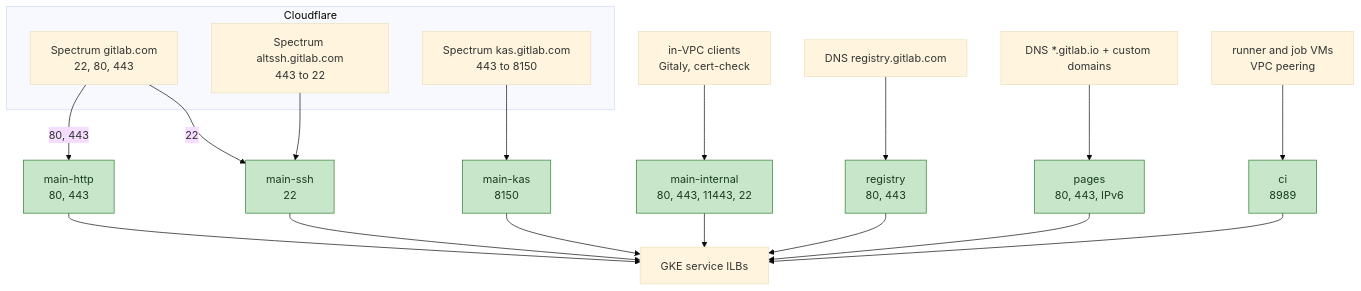
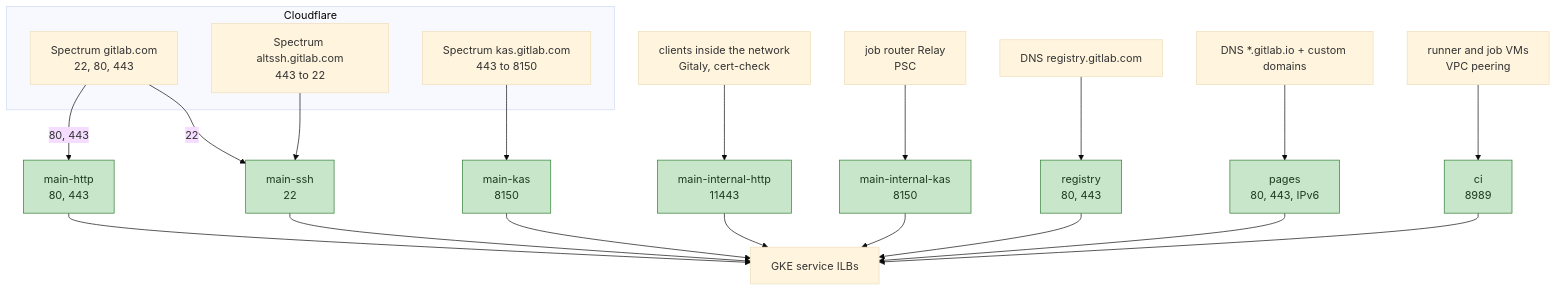
The second of 2 diagrams in content/handbook/engineering/architecture/design-documents/haproxy_kubernetes/_index.md (kyama0/gitlab-handbook-ja), drawn with Mermaid (base theme) before and after one commit. The commit also changed other lines of this file and 51 other files, not shown here.

````diff
--- a/content/handbook/engineering/architecture/design-documents/haproxy_kubernetes/_index.md
+++ b/content/handbook/engineering/architecture/design-documents/haproxy_kubernetes/_index.md
@@ -177,39 +179,43 @@
 ```mermaid
 graph TB
     subgraph edge ["Cloudflare"]
         spec["Spectrum gitlab.com<br/>22, 80, 443"]
         altssh["Spectrum altssh.gitlab.com<br/>443 to 22"]
         kas["Spectrum kas.gitlab.com<br/>443 to 8150"]
     end
-    int["in-VPC clients<br/>Gitaly, cert-check"]
+    int["clients inside the network<br/>Gitaly, cert-check"]
     dns_reg["DNS registry.gitlab.com"]
     dns_pages["DNS *.gitlab.io + custom domains"]
     psc["runner and job VMs<br/>VPC peering"]
+    relay["job router Relay<br/>PSC"]
 
     s_http["main-http<br/>80, 443"]
     s_ssh["main-ssh<br/>22"]
     s_kas["main-kas<br/>8150"]
-    s_int["main-internal<br/>80, 443, 11443, 22"]
+    s_int["main-internal-http<br/>11443"]
+    s_ikas["main-internal-kas<br/>8150"]
     s_reg["registry<br/>80, 443"]
     s_pages["pages<br/>80, 443, IPv6"]
     s_ci["ci<br/>8989"]
 
     spec -->|"80, 443"| s_http
     spec -->|"22"| s_ssh
     altssh --> s_ssh
     kas --> s_kas
     int --> s_int
+    relay --> s_ikas
     dns_reg --> s_reg
     dns_pages --> s_pages
     psc --> s_ci
     s_http --> be["GKE service ILBs"]
     s_ssh --> be
     s_kas --> be
     s_int --> be
+    s_ikas --> be
     s_reg --> be
     s_pages --> be
     s_ci --> be
 
     classDef new fill:#c8e6c9,stroke:#2e7d32,color:#1b3d1f
-    class s_http,s_ssh,s_kas,s_int,s_reg,s_pages,s_ci new
+    class s_http,s_ssh,s_kas,s_int,s_ikas,s_reg,s_pages,s_ci new
 ```
````
